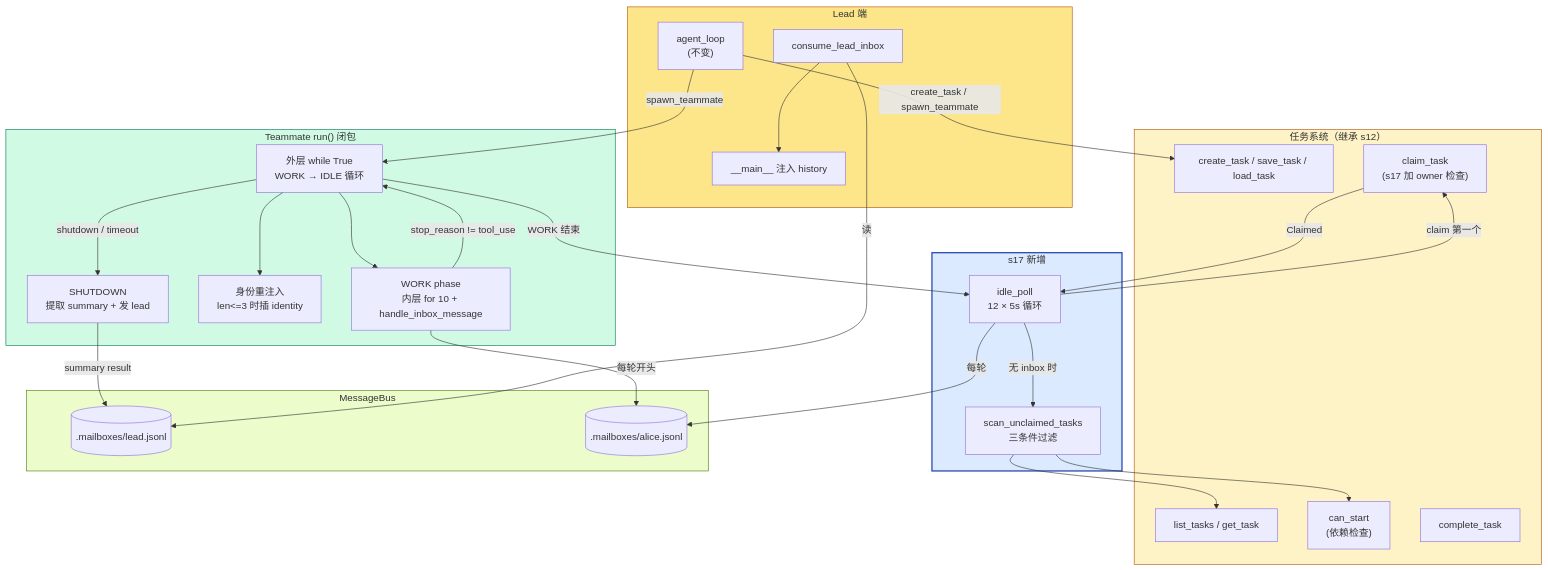
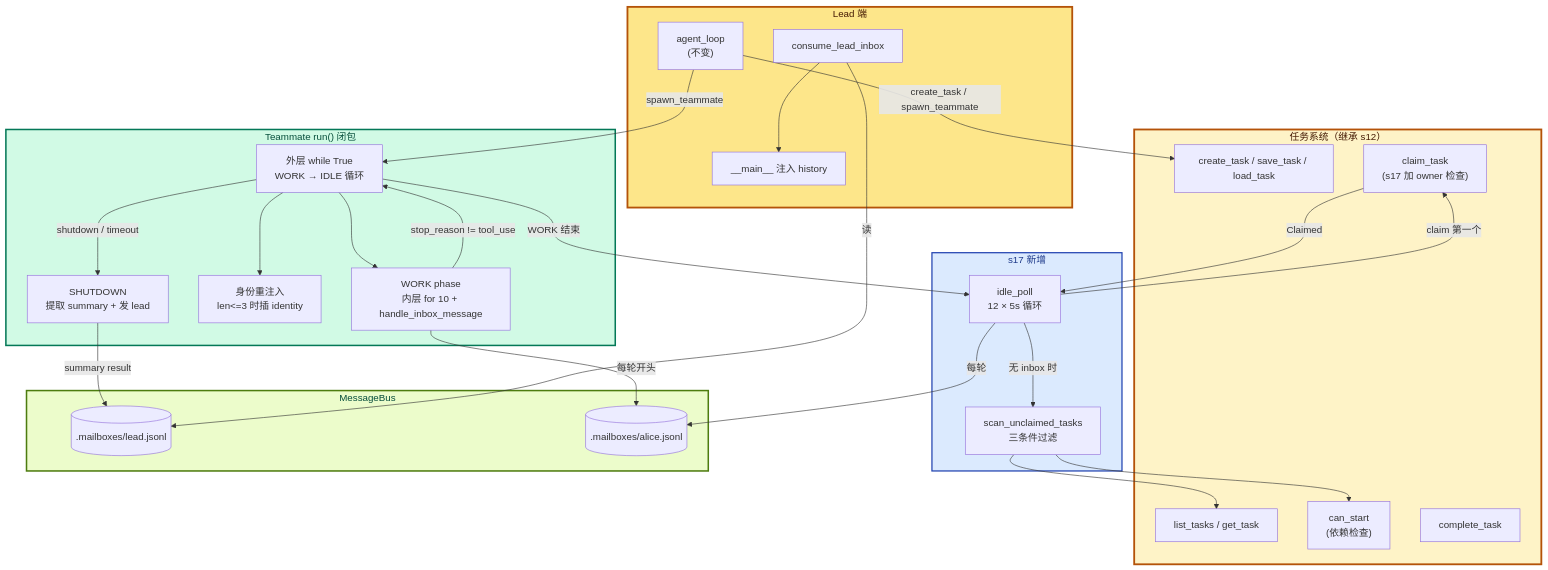
Before and after one commit to PyrePuin/From-Zero-LLM-Agent-Infra-Notes: the third of 4 diagrams in Agent/Harness/Claude Code/Phase 5 - 多智能体/17 - Autonomous Agents.md, drawn with Mermaid. The commit also changed other lines of this file and 23 other files, not shown here.

First line of the commit message:
refactor(mermaid): 统一所有图的视觉规范

````diff
--- a/Agent/Harness/Claude Code/Phase 5 - 多智能体/17 - Autonomous Agents.md
+++ b/Agent/Harness/Claude Code/Phase 5 - 多智能体/17 - Autonomous Agents.md
@@ -462,61 +464,62 @@
 ```mermaid
+%%{init: {'themeVariables': {'fontSize': '16px', 'fontFamily': 'ui-sans-serif, system-ui, -apple-system, "Segoe UI", Roboto, sans-serif'}}}%%
 flowchart TB
     subgraph TaskBoard["任务系统（继承 s12）"]
         TB1["create_task / save_task / load_task"]
         TB2["list_tasks / get_task"]
         TB3["can_start<br/>(依赖检查)"]
         TB4["claim_task<br/>(s17 加 owner 检查)"]
         TB5["complete_task"]
     end
 
     subgraph Scan["s17 新增"]
         S1["scan_unclaimed_tasks<br/>三条件过滤"]
         S2["idle_poll<br/>12 × 5s 循环"]
     end
 
     subgraph Lead["Lead 端"]
         L1["agent_loop<br/>(不变)"]
         L2["consume_lead_inbox"]
         L3["__main__ 注入 history"]
     end
 
     subgraph Teammate["Teammate run() 闭包"]
         R1["外层 while True<br/>WORK → IDLE 循环"]
         R2["WORK phase<br/>内层 for 10 + handle_inbox_message"]
         R3["身份重注入<br/>len<=3 时插 identity"]
         R4["SHUTDOWN<br/>提取 summary + 发 lead"]
     end
 
     subgraph Bus["MessageBus"]
         B1[(".mailboxes/lead.jsonl")]
         B2[(".mailboxes/alice.jsonl")]
     end
 
     L1 -->|"create_task / spawn_teammate"| TB1
     L1 -->|"spawn_teammate"| R1
 
     R1 --> R3
     R1 --> R2
     R1 -->|"WORK 结束"| S2
     R1 -->|"shutdown / timeout"| R4
 
     S2 -->|"每轮"| B2
     S2 -->|"无 inbox 时"| S1
     S1 --> TB2
     S1 --> TB3
     S2 -->|"claim 第一个"| TB4
     TB4 -->|"Claimed"| S2
 
     R2 -->|"每轮开头"| B2
     R2 -->|"stop_reason != tool_use"| R1
 
     R4 -->|"summary result"| B1
     L2 -->|"读"| B1
     L2 --> L3
 
-    style TaskBoard fill:#fef3c7,stroke:#b45309
-    style Scan fill:#dbeafe,stroke:#1e40af,stroke-width:2px
-    style Lead fill:#fde68a,stroke:#b45309
-    style Teammate fill:#d1fae5,stroke:#047857
-    style Bus fill:#ecfccb,stroke:#4d7c0f
+    style TaskBoard fill:#fef3c7,stroke:#b45309,stroke-width:3px,color:#451a03
+    style Scan fill:#dbeafe,stroke:#1e40af,stroke-width:2px,color:#1e3a8a
+    style Lead fill:#fde68a,stroke:#b45309,stroke-width:3px,color:#451a03
+    style Teammate fill:#d1fae5,stroke:#047857,stroke-width:2.5px,color:#064e3b
+    style Bus fill:#ecfccb,stroke:#4d7c0f,stroke-width:2.5px,color:#064e3b
 ```
````
